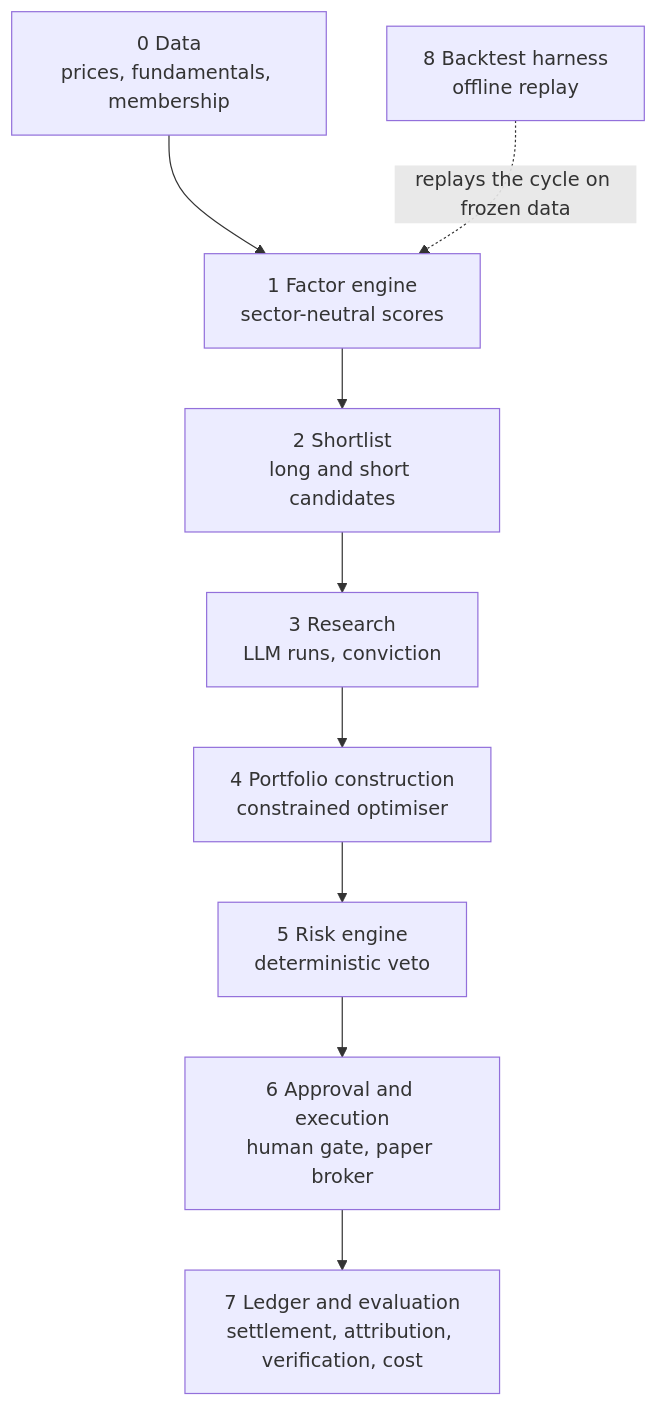
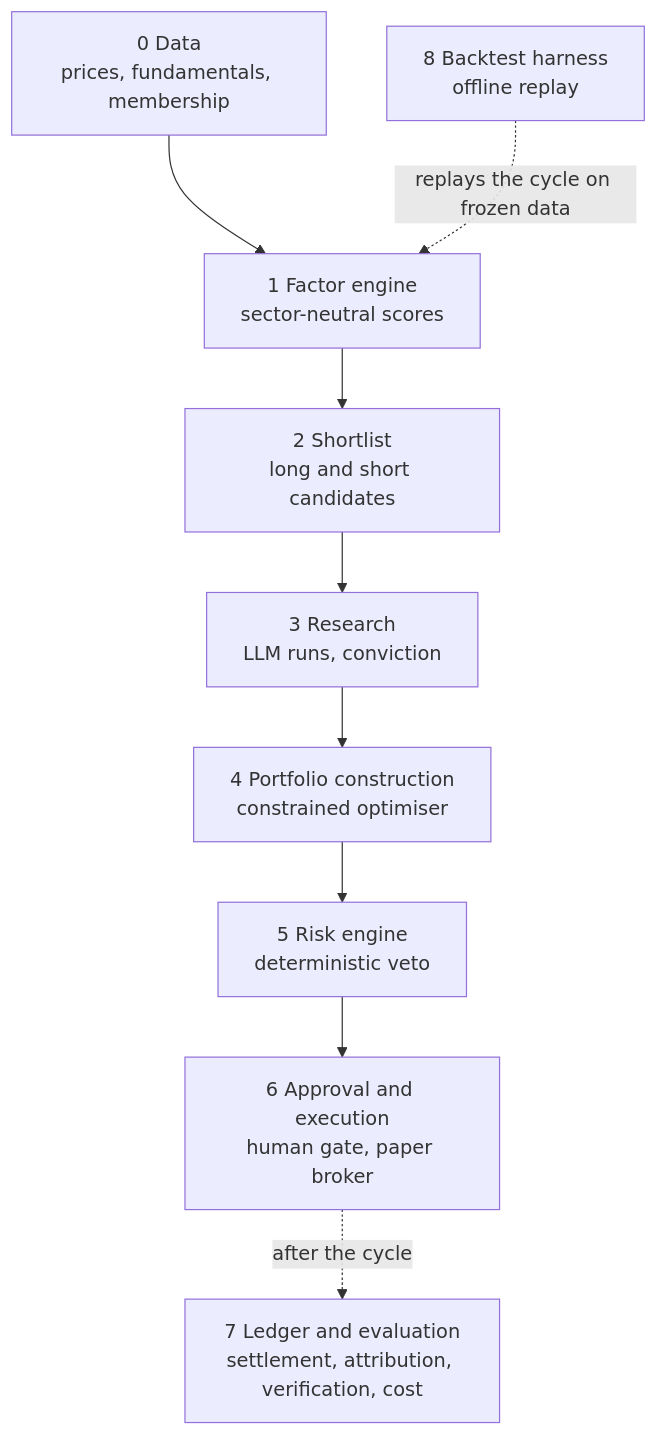
One commit to MementoRC/hedge-fund changed the diagram in website/docs/architecture.md. Above: the diagram before and after it, drawn with Mermaid. The commit also changed other lines of this file, not shown here.

First line of the commit message:
docs(site): correct the 52-week high, layer 7 timing and adapter wiring on the architecture page

````diff
--- a/website/docs/architecture.md
+++ b/website/docs/architecture.md
@@ -5,14 +5,15 @@
 ```mermaid
 flowchart TD
     L0["0 Data<br>prices, fundamentals, membership"]
     L1["1 Factor engine<br>sector-neutral scores"]
     L2["2 Shortlist<br>long and short candidates"]
     L3["3 Research<br>LLM runs, conviction"]
     L4["4 Portfolio construction<br>constrained optimiser"]
     L5["5 Risk engine<br>deterministic veto"]
     L6["6 Approval and execution<br>human gate, paper broker"]
     L7["7 Ledger and evaluation<br>settlement, attribution, verification, cost"]
     L8["8 Backtest harness<br>offline replay"]
-    L0 --> L1 --> L2 --> L3 --> L4 --> L5 --> L6 --> L7
+    L0 --> L1 --> L2 --> L3 --> L4 --> L5 --> L6
+    L6 -. "after the cycle" .-> L7
     L8 -. "replays the cycle on frozen data" .-> L1
 ```
````
